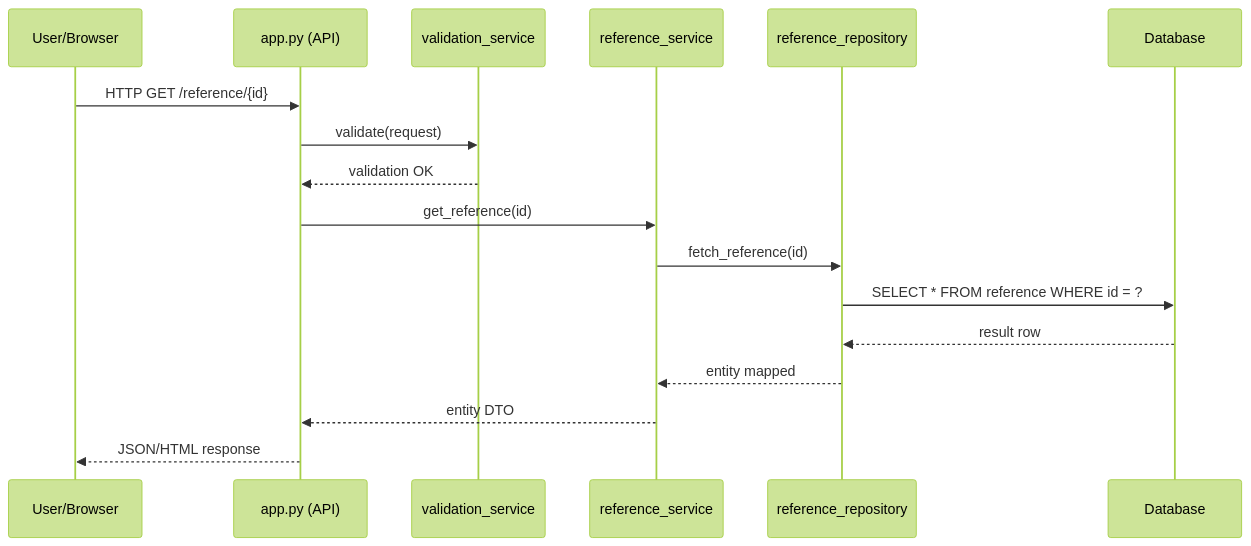
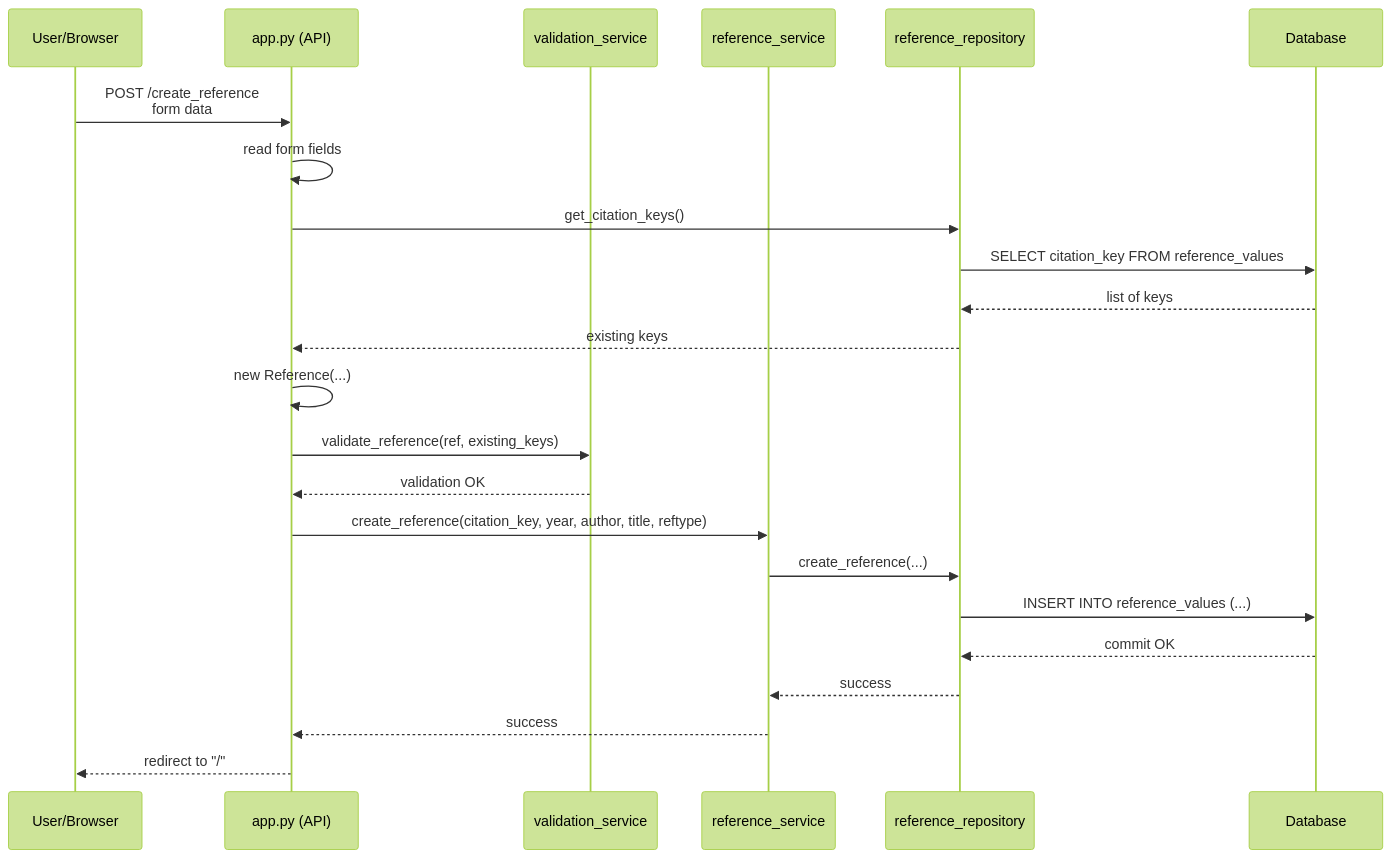
Before and after one commit to kortekoski/ohtuminiprojekti: the second of 4 diagrams in documentation/README_architecture.md, drawn with Mermaid (forest theme). The commit also changed other lines of this file and 4 other files, not shown here.

`````diff
--- a/documentation/README_architecture.md
+++ b/documentation/README_architecture.md
@@ -50,24 +50,36 @@
-````mermaid
+```mermaid
 
 sequenceDiagram
     participant User as User/Browser
     participant App as app.py (API)
     participant Val as validation_service
     participant Svc as reference_service
     participant Repo as reference_repository
     participant DB as Database
 
-    User ->> App: HTTP GET /reference/{id}
-    App ->> Val: validate(request)
+    User ->> App: POST /create_reference<br/>form data
+
+    App ->> App: read form fields
+    App ->> Repo: get_citation_keys()
+    Repo ->> DB: SELECT citation_key FROM reference_values
+    DB -->> Repo: list of keys
+    Repo -->> App: existing keys
+
+    App ->> App: new Reference(...)
+
+    App ->> Val: validate_reference(ref, existing_keys)
     Val -->> App: validation OK
 
-    App ->> Svc: get_reference(id)
-    Svc ->> Repo: fetch_reference(id)
-    Repo ->> DB: SELECT * FROM reference WHERE id = ?
+    App ->> Svc: create_reference(citation_key, year, author, title, reftype)
 
-    DB -->> Repo: result row
-    Repo -->> Svc: entity mapped
-    Svc -->> App: entity DTO
-    App -->> User: JSON/HTML response
+    Svc ->> Repo: create_reference(...)
+    Repo ->> DB: INSERT INTO reference_values (...)
 
-````
+    DB -->> Repo: commit OK
+    Repo -->> Svc: success
+    Svc -->> App: success
+
+    App -->> User: redirect to "/"
+
+
+```
`````
